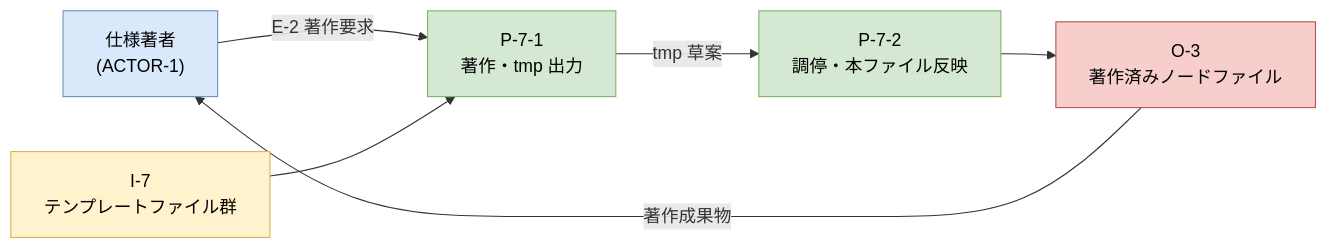
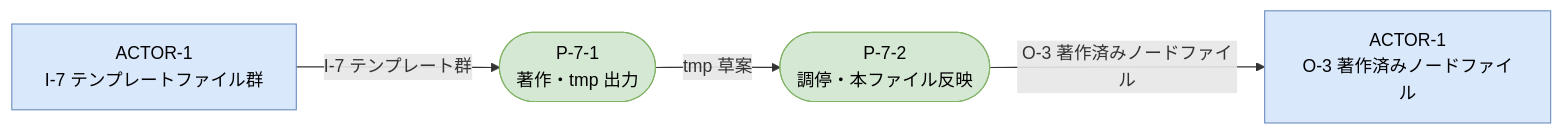
The fifth of 5 diagrams in doc-system/03-analysis/00-dfd.md (hiratashinnya/review-system), drawn with Mermaid before and after one commit. The commit also changed other lines of this file, not shown here.

````diff
--- a/doc-system/03-analysis/00-dfd.md
+++ b/doc-system/03-analysis/00-dfd.md
@@ -133,19 +169,18 @@
 ```mermaid
 flowchart LR
-  classDef actor fill:#dae8fc,stroke:#6c8ebf,color:#000
+  classDef l1ext fill:#dae8fc,stroke:#6c8ebf,color:#000
   classDef proc  fill:#d5e8d4,stroke:#82b366,color:#000
-  classDef idata fill:#fff2cc,stroke:#d6b656,color:#000
-  classDef odata fill:#f8cecc,stroke:#b85450,color:#000
 
-  ACTOR1["仕様著者\n(ACTOR-1)"]:::actor
-  I7["I-7\nテンプレートファイル群"]:::idata
-  P71["P-7-1\n著作・tmp 出力"]:::proc
-  P72["P-7-2\n調停・本ファイル反映"]:::proc
-  O3["O-3\n著作済みノードファイル"]:::odata
+  %% L1 境界
+  LA1in["ACTOR-1\nI-7 テンプレートファイル群"]:::l1ext
+  LA1out["ACTOR-1\nO-3 著作済みノードファイル"]:::l1ext
 
-  ACTOR1 -->|"E-2 著作要求"| P71
-  I7      --> P71
-  P71     -->|"tmp 草案"| P72
-  P72     --> O3
-  O3      -->|"著作成果物"| ACTOR1
+  %% P-7 の子プロセス
+  P71(["P-7-1\n著作・tmp 出力"]):::proc
+  P72(["P-7-2\n調停・本ファイル反映"]):::proc
+
+  %% データフロー
+  LA1in  -->|"I-7 テンプレート群"| P71
+  P71    -->|"tmp 草案"| P72
+  P72    -->|"O-3 著作済みノードファイル"| LA1out
 ```
````
